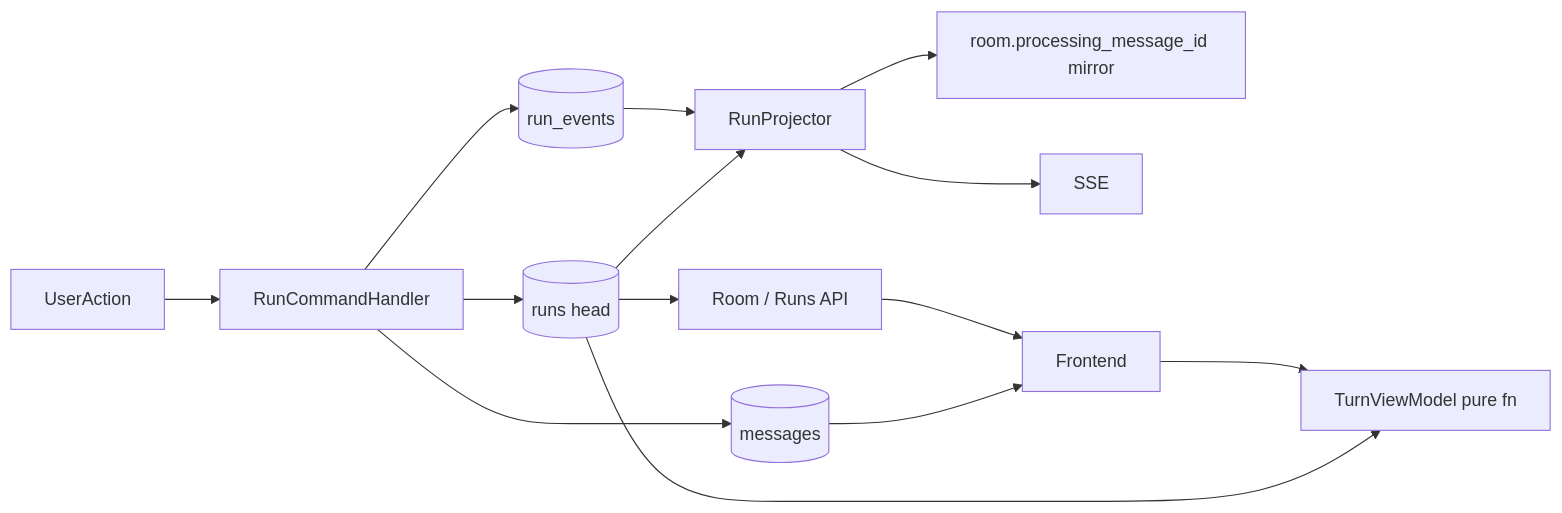
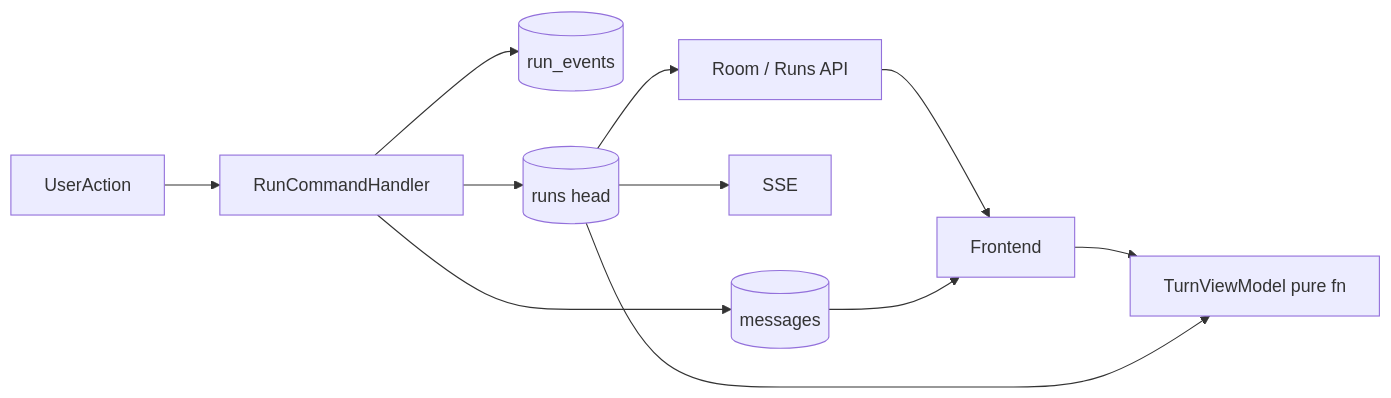
The first of 2 diagrams in docs/EVENT_SOURCED_TURN_LIFECYCLE_REFACTOR_DESIGN.md (JeromeOvO/hybro), drawn with Mermaid before and after one commit. The commit also changed other lines of this file and 29 other files, not shown here.

````diff
--- a/docs/EVENT_SOURCED_TURN_LIFECYCLE_REFACTOR_DESIGN.md
+++ b/docs/EVENT_SOURCED_TURN_LIFECYCLE_REFACTOR_DESIGN.md
@@ -137,16 +137,13 @@
 ```mermaid
 flowchart LR
   userAction[UserAction] --> runCommandHandler[RunCommandHandler]
   runCommandHandler --> runEvents[(run_events)]
   runCommandHandler --> runs[(runs head)]
   runCommandHandler --> messages[(messages)]
-  runEvents --> projector[RunProjector]
-  runs --> projector
-  projector --> roomMirror[room.processing_message_id mirror]
-  projector --> sseFanout[SSE]
+  runs --> sseFanout[SSE]
   runs --> roomApi[Room / Runs API]
   roomApi --> fe[Frontend]
   messages --> fe
   fe --> turnVM[TurnViewModel pure fn]
   runs --> turnVM
 ```
````
